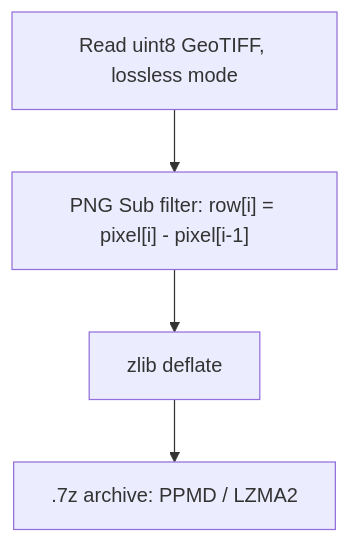
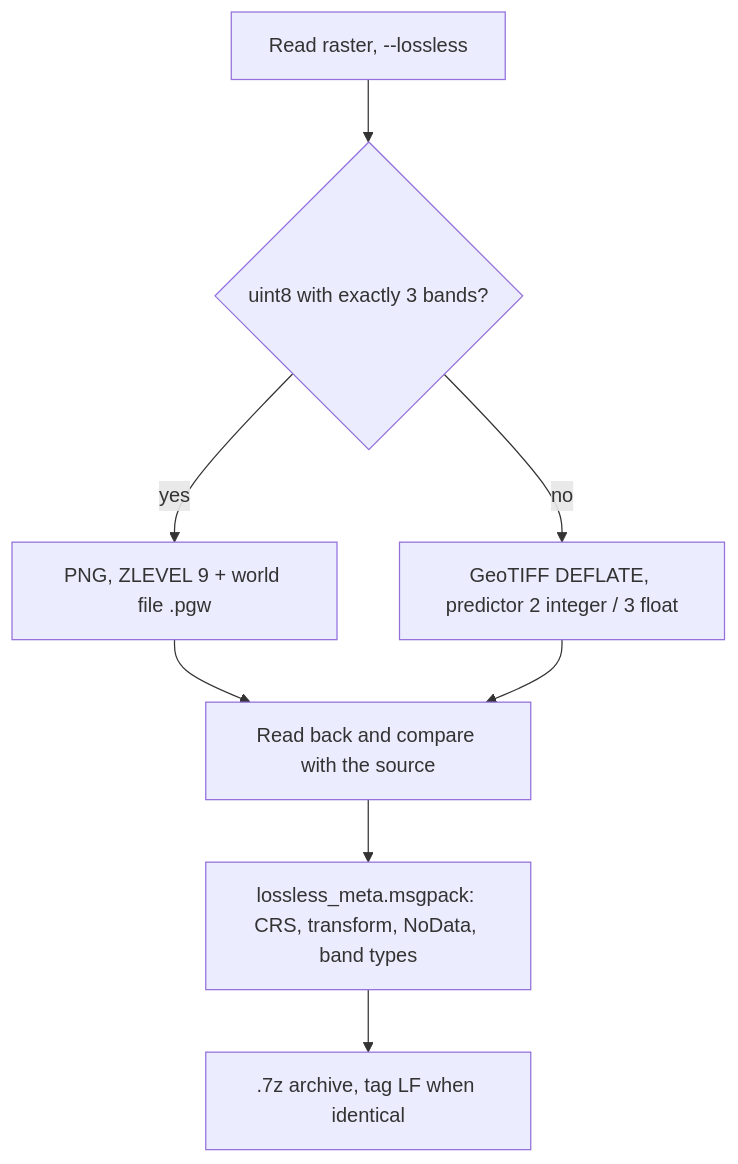
One commit to ZSIP/FIDWaC changed the sixth of 10 diagrams in README_EN.md. Above: the diagram before and after it, drawn with Mermaid. The commit also changed other lines of this file and 8 other files, not shown here.

````diff
--- a/README_EN.md
+++ b/README_EN.md
@@ -663,6 +667,10 @@
 ```mermaid
 graph TB
-    A["Read uint8 GeoTIFF, lossless mode"] --> B["PNG Sub filter: row[i] = pixel[i] - pixel[i-1]"]
-    B --> C["zlib deflate"]
-    C --> D[".7z archive: PPMD / LZMA2"]
+    A["Read raster, --lossless"] --> B{"uint8 with exactly 3 bands?"}
+    B -->|yes| C["PNG, ZLEVEL 9 + world file .pgw"]
+    B -->|no| D["GeoTIFF DEFLATE, predictor 2 integer / 3 float"]
+    C --> E["Read back and compare with the source"]
+    D --> E
+    E --> F["lossless_meta.msgpack: CRS, transform, NoData, band types"]
+    F --> G[".7z archive, tag LF when identical"]
 ```
````
